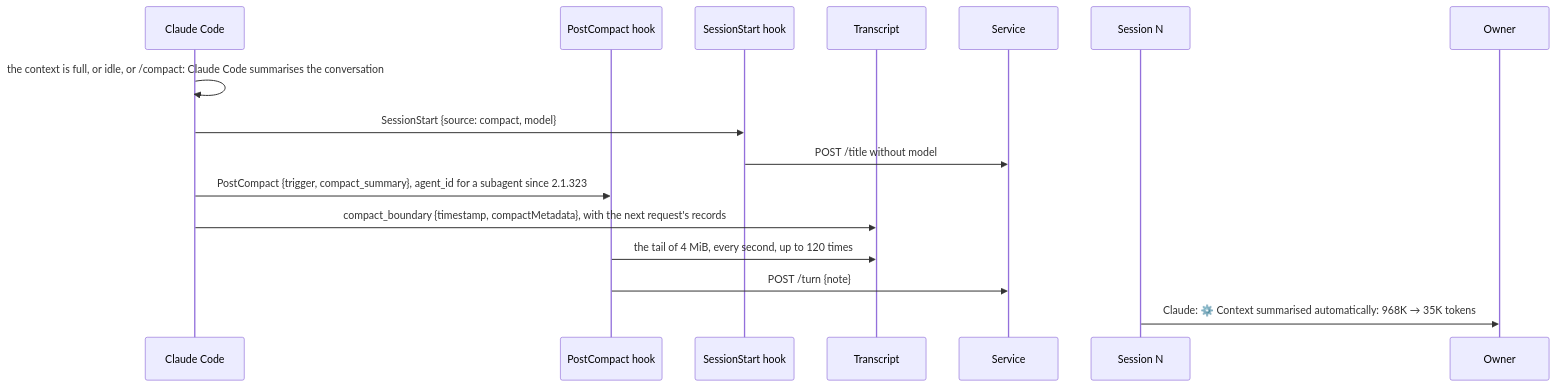
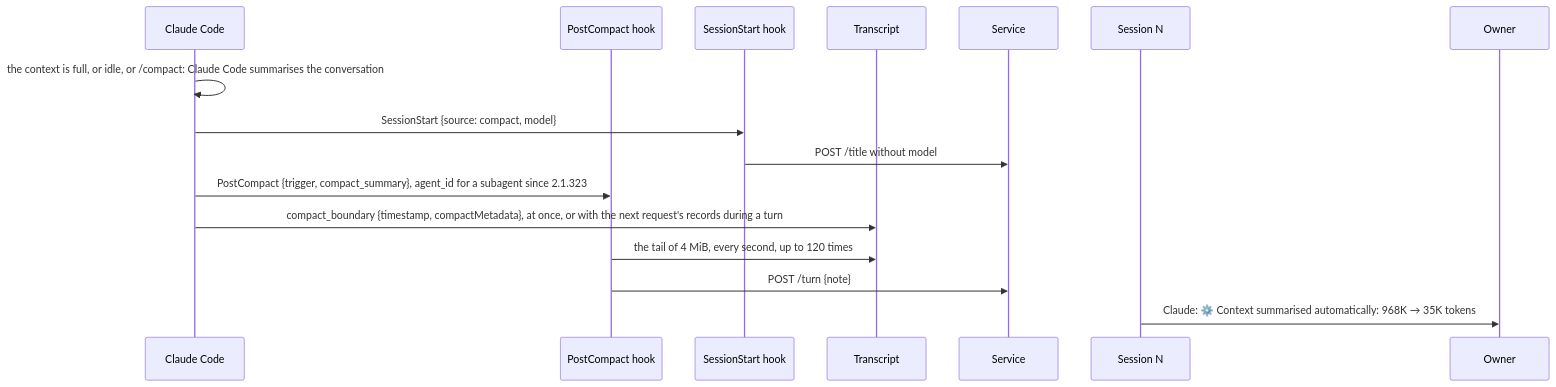
Diagram 32 of 32 in packages/simplex-chat-mcp/spec/flows.md (simplex-chat/simplex-chat), drawn with Mermaid before and after one commit. The commit also changed other lines of this file and 9 other files, not shown here.

````diff
--- a/packages/simplex-chat-mcp/spec/flows.md
+++ b/packages/simplex-chat-mcp/spec/flows.md
@@ -1453,18 +1453,18 @@
 ```mermaid
 sequenceDiagram
   participant CC as Claude Code
   participant HK as PostCompact hook
   participant SS as SessionStart hook
   participant T as Transcript
   participant D as Service
   participant N as Session N
   participant O as Owner
   CC->>CC: the context is full, or idle, or /compact: Claude Code summarises the conversation
   CC->>SS: SessionStart {source: compact, model}
   SS->>D: POST /title without model
   CC->>HK: PostCompact {trigger, compact_summary}, agent_id for a subagent since 2.1.323
-  CC->>T: compact_boundary {timestamp, compactMetadata}, with the next request's records
+  CC->>T: compact_boundary {timestamp, compactMetadata}, at once, or with the next request's records during a turn
   HK->>T: the tail of 4 MiB, every second, up to 120 times
   HK->>D: POST /turn {note}
   N->>O: Claude: ⚙️ Context summarised automatically: 968K → 35K tokens
 ```
````
